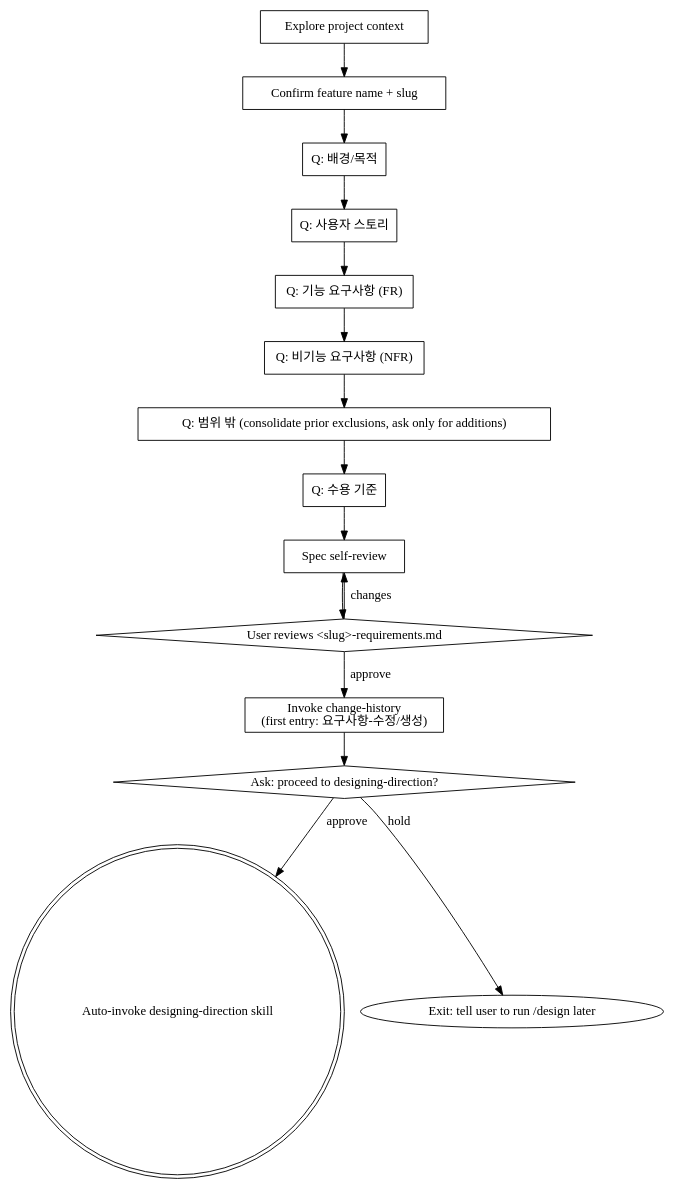
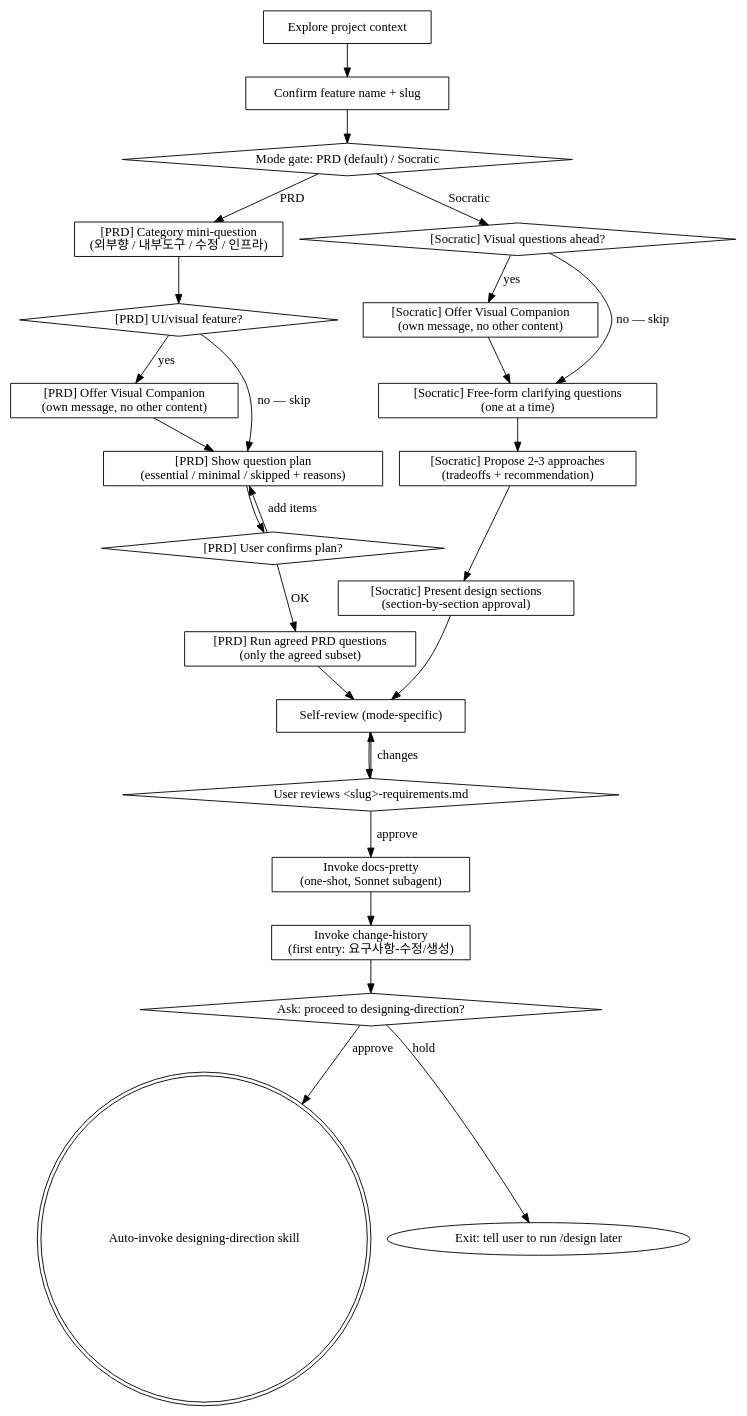
The diagram in skills/brainstorming/SKILL.md (deokjinlog/intent-locked-workflow), drawn with Graphviz before and after one commit. The commit also changed other lines of this file and 12 other files, not shown here.

First line of the commit message:
워크플로우 개선 (위험 카테고리 / git-fast / docs-pretty / dual-mode 등)

````diff
--- a/skills/brainstorming/SKILL.md
+++ b/skills/brainstorming/SKILL.md
@@ -65,33 +74,57 @@
 ```dot
-digraph prd_flow {
+digraph brainstorm_flow {
     "Explore project context" [shape=box];
     "Confirm feature name + slug" [shape=box];
-    "Q: 배경/목적" [shape=box];
-    "Q: 사용자 스토리" [shape=box];
-    "Q: 기능 요구사항 (FR)" [shape=box];
-    "Q: 비기능 요구사항 (NFR)" [shape=box];
-    "Q: 범위 밖 (consolidate prior exclusions, ask only for additions)" [shape=box];
-    "Q: 수용 기준" [shape=box];
-    "Spec self-review" [shape=box];
+    "Mode gate: PRD (default) / Socratic" [shape=diamond];
+
+    "[PRD] Category mini-question\n(외부향 / 내부도구 / 수정 / 인프라)" [shape=box];
+    "[PRD] UI/visual feature?" [shape=diamond];
+    "[PRD] Offer Visual Companion\n(own message, no other content)" [shape=box];
+    "[PRD] Show question plan\n(essential / minimal / skipped + reasons)" [shape=box];
+    "[PRD] User confirms plan?" [shape=diamond];
+    "[PRD] Run agreed PRD questions\n(only the agreed subset)" [shape=box];
+
+    "[Socratic] Visual questions ahead?" [shape=diamond];
+    "[Socratic] Offer Visual Companion\n(own message, no other content)" [shape=box];
+    "[Socratic] Free-form clarifying questions\n(one at a time)" [shape=box];
+    "[Socratic] Propose 2-3 approaches\n(tradeoffs + recommendation)" [shape=box];
+    "[Socratic] Present design sections\n(section-by-section approval)" [shape=box];
+
+    "Self-review (mode-specific)" [shape=box];
     "User reviews <slug>-requirements.md" [shape=diamond];
+    "Invoke docs-pretty\n(one-shot, Sonnet subagent)" [shape=box];
     "Invoke change-history\n(first entry: 요구사항-수정/생성)" [shape=box];
     "Ask: proceed to designing-direction?" [shape=diamond];
     "Auto-invoke designing-direction skill" [shape=doublecircle];
     "Exit: tell user to run /design later" [shape=oval];
 
     "Explore project context" -> "Confirm feature name + slug";
-    "Confirm feature name + slug" -> "Q: 배경/목적";
-    "Q: 배경/목적" -> "Q: 사용자 스토리";
-    "Q: 사용자 스토리" -> "Q: 기능 요구사항 (FR)";
-    "Q: 기능 요구사항 (FR)" -> "Q: 비기능 요구사항 (NFR)";
-    "Q: 비기능 요구사항 (NFR)" -> "Q: 범위 밖 (consolidate prior exclusions, ask only for additions)";
-    "Q: 범위 밖 (consolidate prior exclusions, ask only for additions)" -> "Q: 수용 기준";
-    "Q: 수용 기준" -> "Spec self-review";
-    "Spec self-review" -> "User reviews <slug>-requirements.md";
-    "User reviews <slug>-requirements.md" -> "Spec self-review" [label="changes"];
-    "User reviews <slug>-requirements.md" -> "Invoke change-history\n(first entry: 요구사항-수정/생성)" [label="approve"];
+    "Confirm feature name + slug" -> "Mode gate: PRD (default) / Socratic";
+
+    "Mode gate: PRD (default) / Socratic" -> "[PRD] Category mini-question\n(외부향 / 내부도구 / 수정 / 인프라)" [label="PRD"];
+    "[PRD] Category mini-question\n(외부향 / 내부도구 / 수정 / 인프라)" -> "[PRD] UI/visual feature?";
+    "[PRD] UI/visual feature?" -> "[PRD] Offer Visual Companion\n(own message, no other content)" [label="yes"];
+    "[PRD] UI/visual feature?" -> "[PRD] Show question plan\n(essential / minimal / skipped + reasons)" [label="no — skip"];
+    "[PRD] Offer Visual Companion\n(own message, no other content)" -> "[PRD] Show question plan\n(essential / minimal / skipped + reasons)";
+    "[PRD] Show question plan\n(essential / minimal / skipped + reasons)" -> "[PRD] User confirms plan?";
+    "[PRD] User confirms plan?" -> "[PRD] Show question plan\n(essential / minimal / skipped + reasons)" [label="add items"];
+    "[PRD] User confirms plan?" -> "[PRD] Run agreed PRD questions\n(only the agreed subset)" [label="OK"];
+    "[PRD] Run agreed PRD questions\n(only the agreed subset)" -> "Self-review (mode-specific)";
+
+    "Mode gate: PRD (default) / Socratic" -> "[Socratic] Visual questions ahead?" [label="Socratic"];
+    "[Socratic] Visual questions ahead?" -> "[Socratic] Offer Visual Companion\n(own message, no other content)" [label="yes"];
+    "[Socratic] Visual questions ahead?" -> "[Socratic] Free-form clarifying questions\n(one at a time)" [label="no — skip"];
+    "[Socratic] Offer Visual Companion\n(own message, no other content)" -> "[Socratic] Free-form clarifying questions\n(one at a time)";
+    "[Socratic] Free-form clarifying questions\n(one at a time)" -> "[Socratic] Propose 2-3 approaches\n(tradeoffs + recommendation)";
+    "[Socratic] Propose 2-3 approaches\n(tradeoffs + recommendation)" -> "[Socratic] Present design sections\n(section-by-section approval)";
+    "[Socratic] Present design sections\n(section-by-section approval)" -> "Self-review (mode-specific)";
+
+    "Self-review (mode-specific)" -> "User reviews <slug>-requirements.md";
+    "User reviews <slug>-requirements.md" -> "Self-review (mode-specific)" [label="changes"];
+    "User reviews <slug>-requirements.md" -> "Invoke docs-pretty\n(one-shot, Sonnet subagent)" [label="approve"];
+    "Invoke docs-pretty\n(one-shot, Sonnet subagent)" -> "Invoke change-history\n(first entry: 요구사항-수정/생성)";
     "Invoke change-history\n(first entry: 요구사항-수정/생성)" -> "Ask: proceed to designing-direction?";
     "Ask: proceed to designing-direction?" -> "Auto-invoke designing-direction skill" [label="approve"];
     "Ask: proceed to designing-direction?" -> "Exit: tell user to run /design later" [label="hold"];
 }
 ```
````
